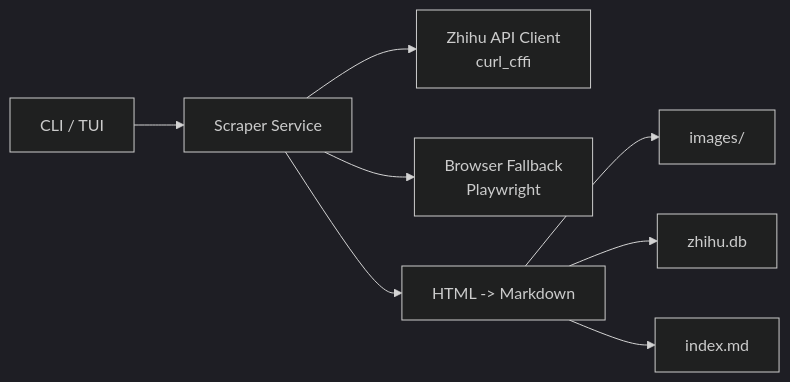
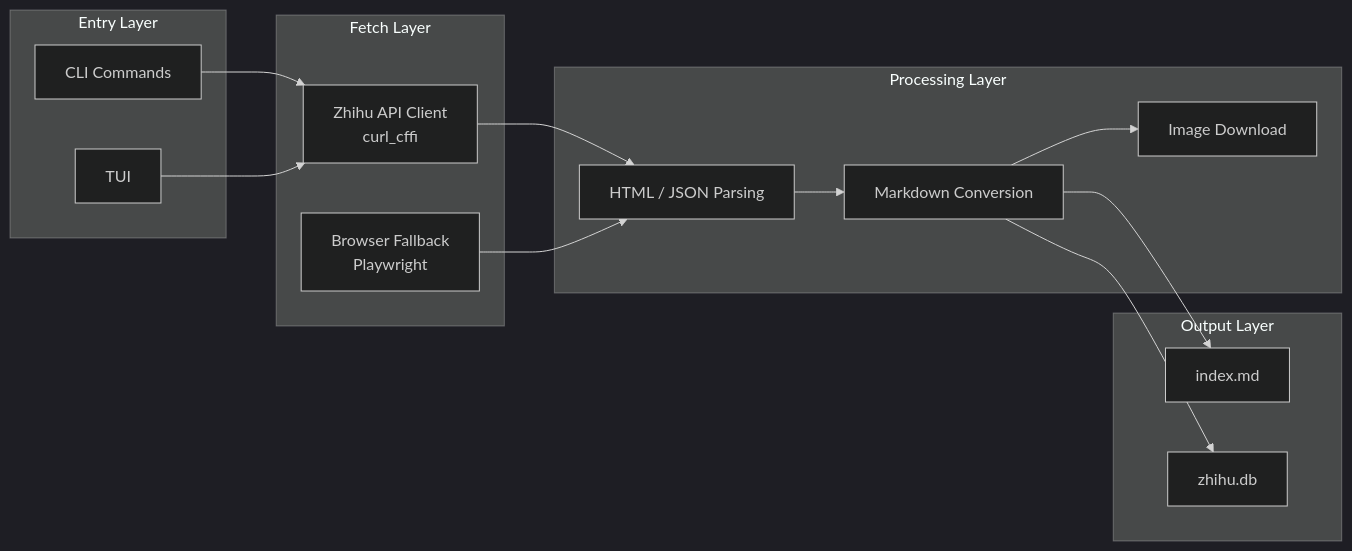
Before and after one commit to Smartloe/zhihu-scraper: the first of 2 diagrams in README_EN.md, drawn with Mermaid (dark theme). The commit also changed other lines of this file and 1 other file, not shown here.

````diff
--- a/README_EN.md
+++ b/README_EN.md
@@ -99,10 +118,32 @@
 ```mermaid
 flowchart LR
-    A["CLI / TUI"] --> B["Scraper Service"]
-    B --> C["Zhihu API Client<br/>curl_cffi"]
-    B --> D["Browser Fallback<br/>Playwright"]
-    B --> E["HTML -> Markdown"]
-    E --> F["images/"]
-    E --> G["zhihu.db"]
-    E --> H["index.md"]
+    subgraph I["Entry Layer"]
+        A["CLI Commands"]
+        B["TUI"]
+    end
+
+    subgraph S["Fetch Layer"]
+        C["Zhihu API Client<br/>curl_cffi"]
+        D["Browser Fallback<br/>Playwright"]
+    end
+
+    subgraph P["Processing Layer"]
+        E["HTML / JSON Parsing"]
+        F["Markdown Conversion"]
+        G["Image Download"]
+    end
+
+    subgraph O["Output Layer"]
+        H["index.md"]
+        J["zhihu.db"]
+    end
+
+    A --> C
+    B --> C
+    C --> E
+    D --> E
+    E --> F
+    F --> G
+    F --> H
+    F --> J
 ```
````
